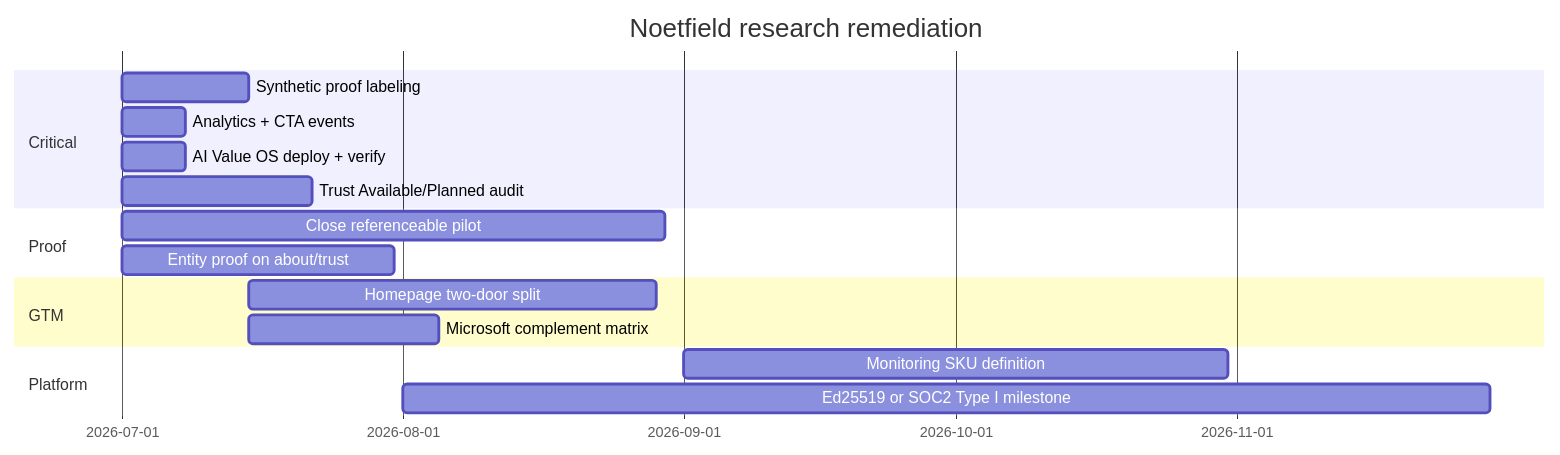
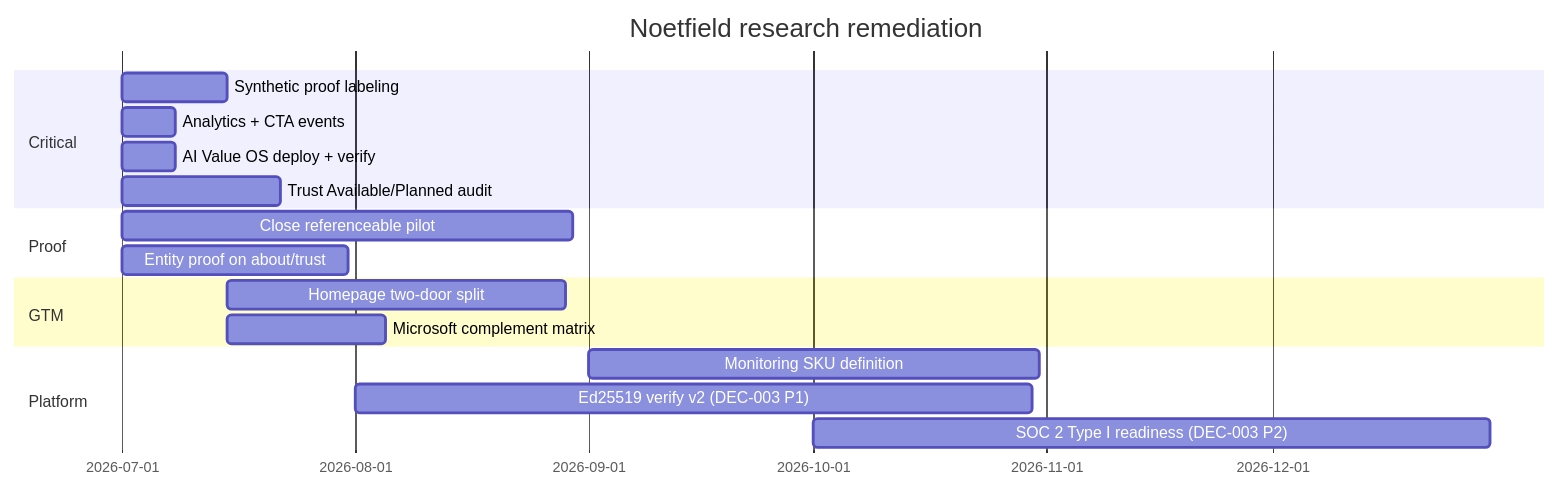
Before and after one commit to Noetfield-Systems/noetfeld-os: the diagram in docs/ops/NOETFIELD_RESEARCH_REMEDIATION_EXECUTION_TRACKER_v1_20260701.md, drawn with Mermaid. The commit also changed other lines of this file, not shown here.

First line of the commit message:
docs: lock DEC-001–DEC-005 on research remediation tracker.

````diff
--- a/docs/ops/NOETFIELD_RESEARCH_REMEDIATION_EXECUTION_TRACKER_v1_20260701.md
+++ b/docs/ops/NOETFIELD_RESEARCH_REMEDIATION_EXECUTION_TRACKER_v1_20260701.md
@@ -410,19 +421,20 @@
 ```mermaid
 gantt
     title Noetfield research remediation
     dateFormat  YYYY-MM-DD
     section Critical
     Synthetic proof labeling           :t02, 2026-07-01, 14d
     Analytics + CTA events             :t14, 2026-07-01, 7d
     AI Value OS deploy + verify          :t08, 2026-07-01, 7d
     Trust Available/Planned audit        :t07, 2026-07-01, 21d
     section Proof
     Close referenceable pilot            :t01, 2026-07-01, 60d
     Entity proof on about/trust          :t10, 2026-07-01, 30d
     section GTM
     Homepage two-door split              :t03, 2026-07-15, 45d
     Microsoft complement matrix          :t05, 2026-07-15, 21d
     section Platform
     Monitoring SKU definition            :t04, 2026-09-01, 60d
-    Ed25519 or SOC2 Type I milestone     :t07b, 2026-08-01, 120d
+    Ed25519 verify v2 (DEC-003 P1)       :t07b, 2026-08-01, 90d
+    SOC 2 Type I readiness (DEC-003 P2)  :t07c, 2026-10-01, 90d
 ```
````
